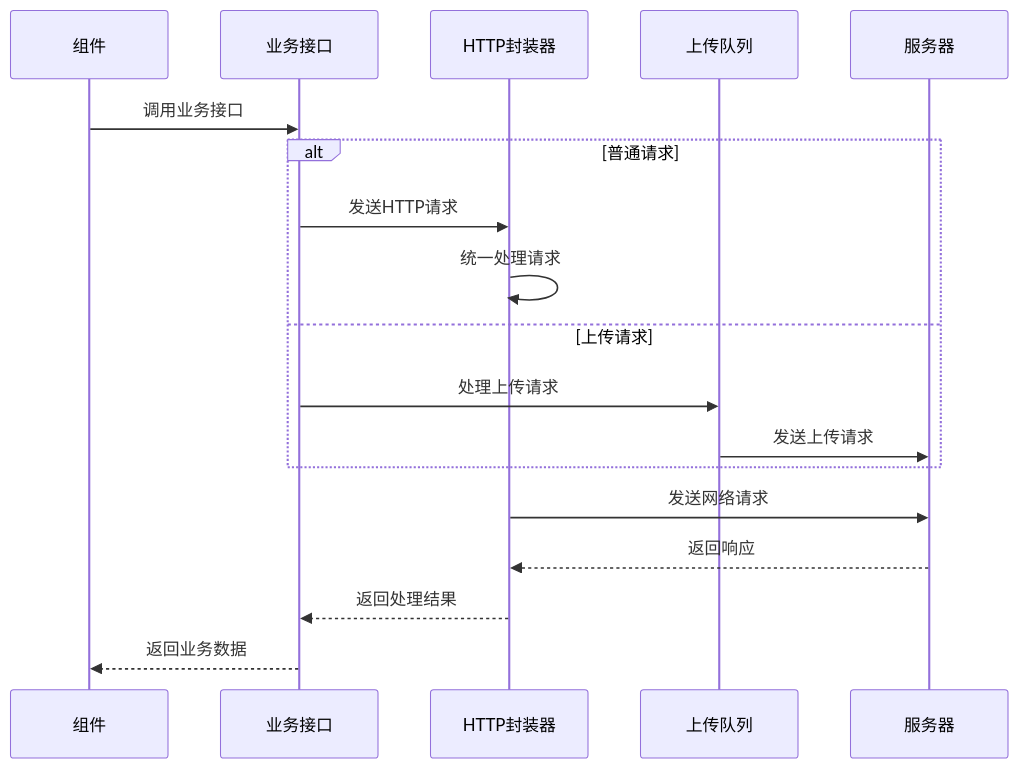
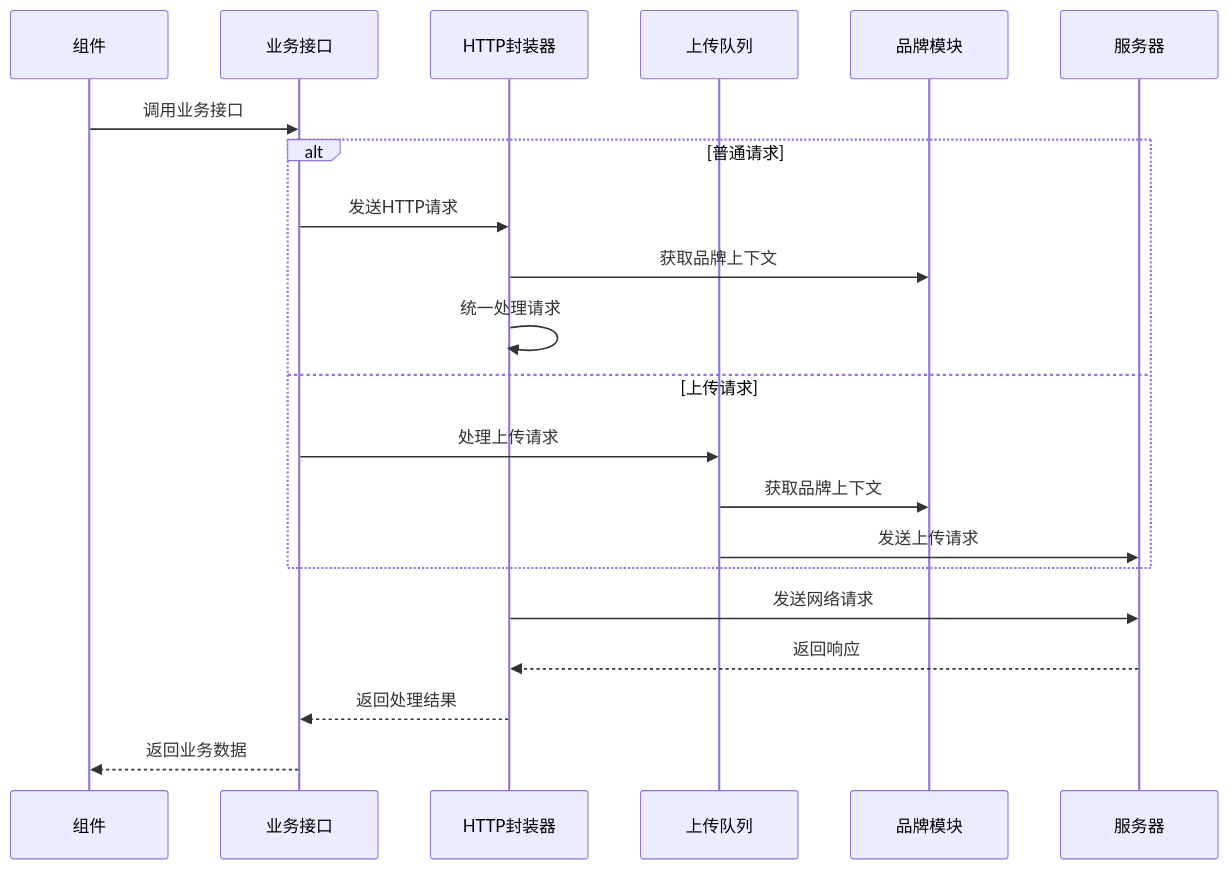
One commit to crazyma99/blueberry changed the sixth of 9 diagrams in .qoder/repowiki/zh/content/工具模块详解/HTTP请求封装器.md. Above: the diagram before and after it, drawn with Mermaid. The commit also changed other lines of this file and 6 other files, not shown here.

````diff
--- a/.qoder/repowiki/zh/content/工具模块详解/HTTP请求封装器.md
+++ b/.qoder/repowiki/zh/content/工具模块详解/HTTP请求封装器.md
@@ -406,20 +510,23 @@
 ```mermaid
 sequenceDiagram
 participant Component as 组件
 participant API as 业务接口
 participant HTTP as HTTP封装器
 participant UploadQueue as 上传队列
+participant Brand as 品牌模块
 participant Server as 服务器
 Component->>API : 调用业务接口
 alt 普通请求
 API->>HTTP : 发送HTTP请求
+HTTP->>Brand : 获取品牌上下文
 HTTP->>HTTP : 统一处理请求
 else 上传请求
 API->>UploadQueue : 处理上传请求
+UploadQueue->>Brand : 获取品牌上下文
 UploadQueue->>Server : 发送上传请求
 end
 HTTP->>Server : 发送网络请求
 Server-->>HTTP : 返回响应
 HTTP-->>API : 返回处理结果
 API-->>Component : 返回业务数据
 ```
````
